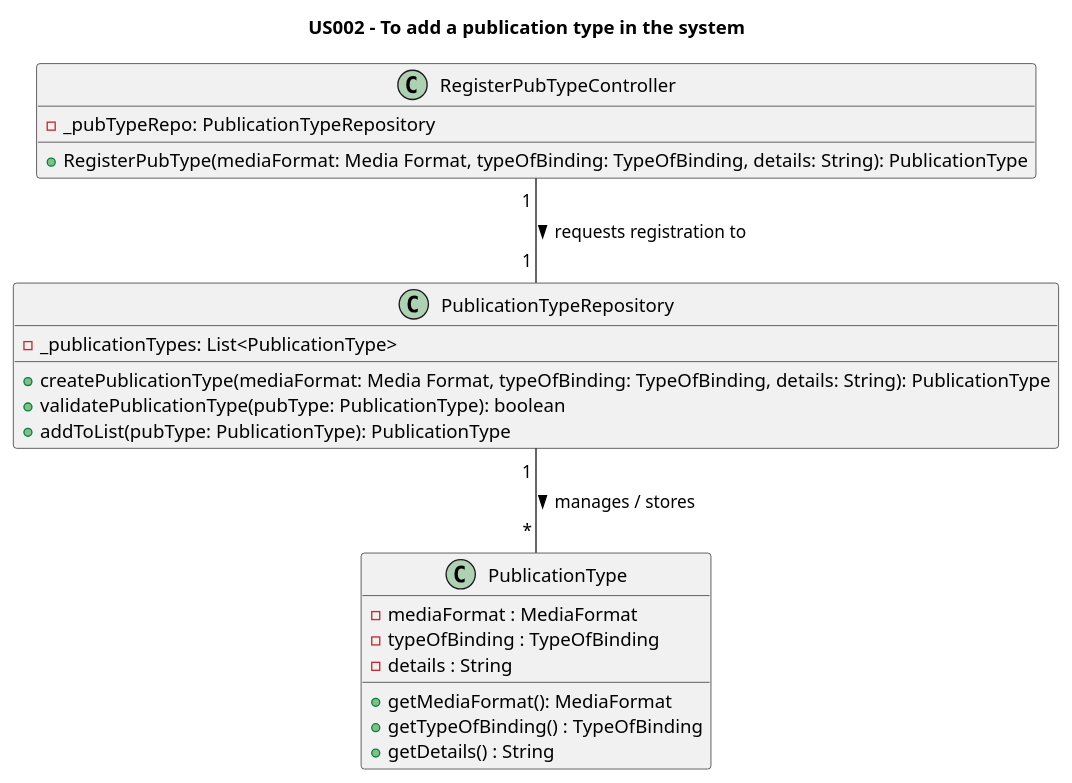
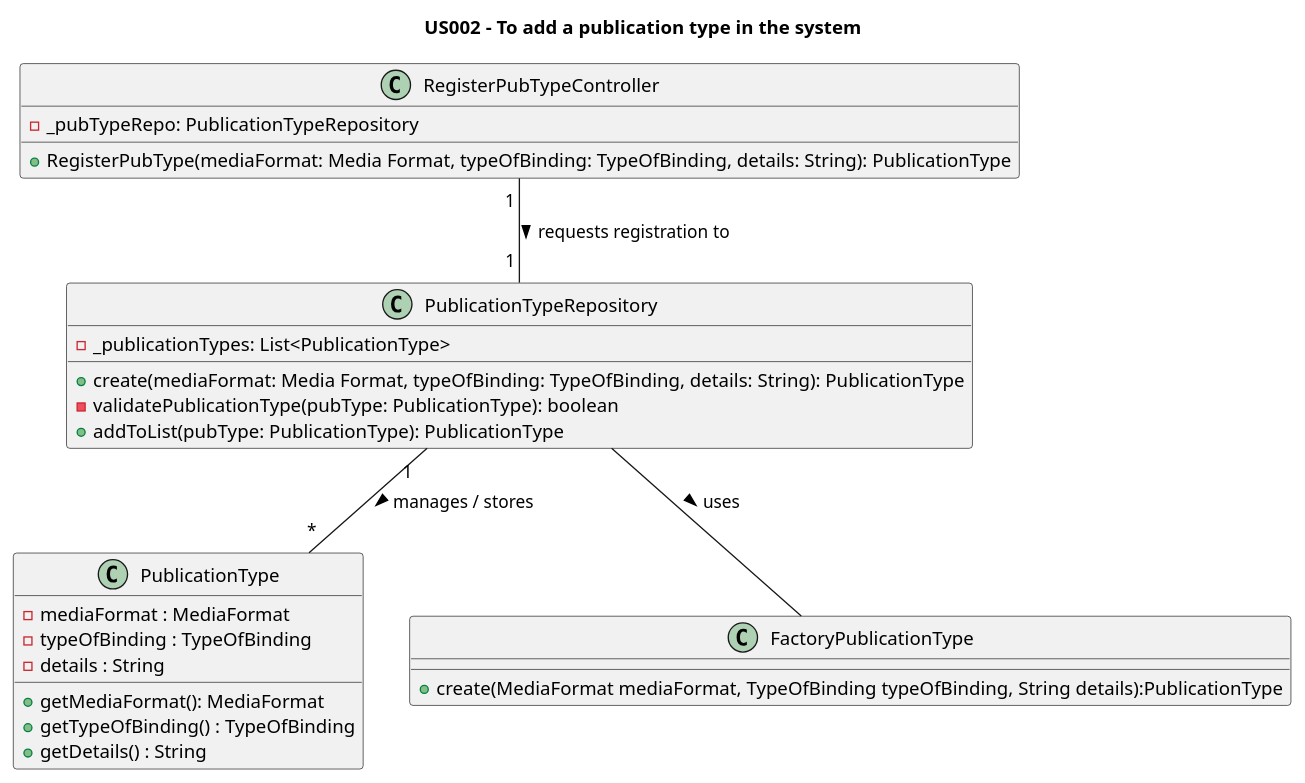
Before and after one commit to AndrePereiraGitH/SWitCH-Project-Team_A: the diagram in Diagrams/ClassDiagrams/US002-to-add-a-publication-type-to-type-list.puml, drawn with PlantUML. The commit also changed 2 other files, not shown here.

Commit message:
Working on #207, publication type factory refinements

```diff
--- a/Diagrams/ClassDiagrams/US002-to-add-a-publication-type-to-type-list.puml
+++ b/Diagrams/ClassDiagrams/US002-to-add-a-publication-type-to-type-list.puml
@@ -1,32 +1,35 @@
 @startuml
 title US002 - To add a publication type in the system
-
-'Need to create class
 
 class RegisterPubTypeController {
   -_pubTypeRepo: PublicationTypeRepository
     +RegisterPubType(mediaFormat: Media Format, typeOfBinding: TypeOfBinding, details: String): PublicationType
 }
 
 class PublicationTypeRepository {
   -_publicationTypes: List<PublicationType>
-  +createPublicationType(mediaFormat: Media Format, typeOfBinding: TypeOfBinding, details: String): PublicationType
-  +validatePublicationType(pubType: PublicationType): boolean
+  +create(mediaFormat: Media Format, typeOfBinding: TypeOfBinding, details: String): PublicationType
+  -validatePublicationType(pubType: PublicationType): boolean
   +addToList(pubType: PublicationType): PublicationType
 }
 
 class PublicationType {
   -mediaFormat : MediaFormat
   -typeOfBinding : TypeOfBinding
   -details : String
   +getMediaFormat(): MediaFormat
   +getTypeOfBinding() : TypeOfBinding
   +getDetails() : String
 }
 
+class FactoryPublicationType {
+  +create(MediaFormat mediaFormat, TypeOfBinding typeOfBinding, String details):PublicationType
+}
+
 ' Interactions
 
 RegisterPubTypeController "1 " -- "1 " PublicationTypeRepository : requests registration to >
 PublicationTypeRepository "1 " -- " * " PublicationType : manages / stores >
+PublicationTypeRepository -- FactoryPublicationType : uses >
 
 @enduml
```
